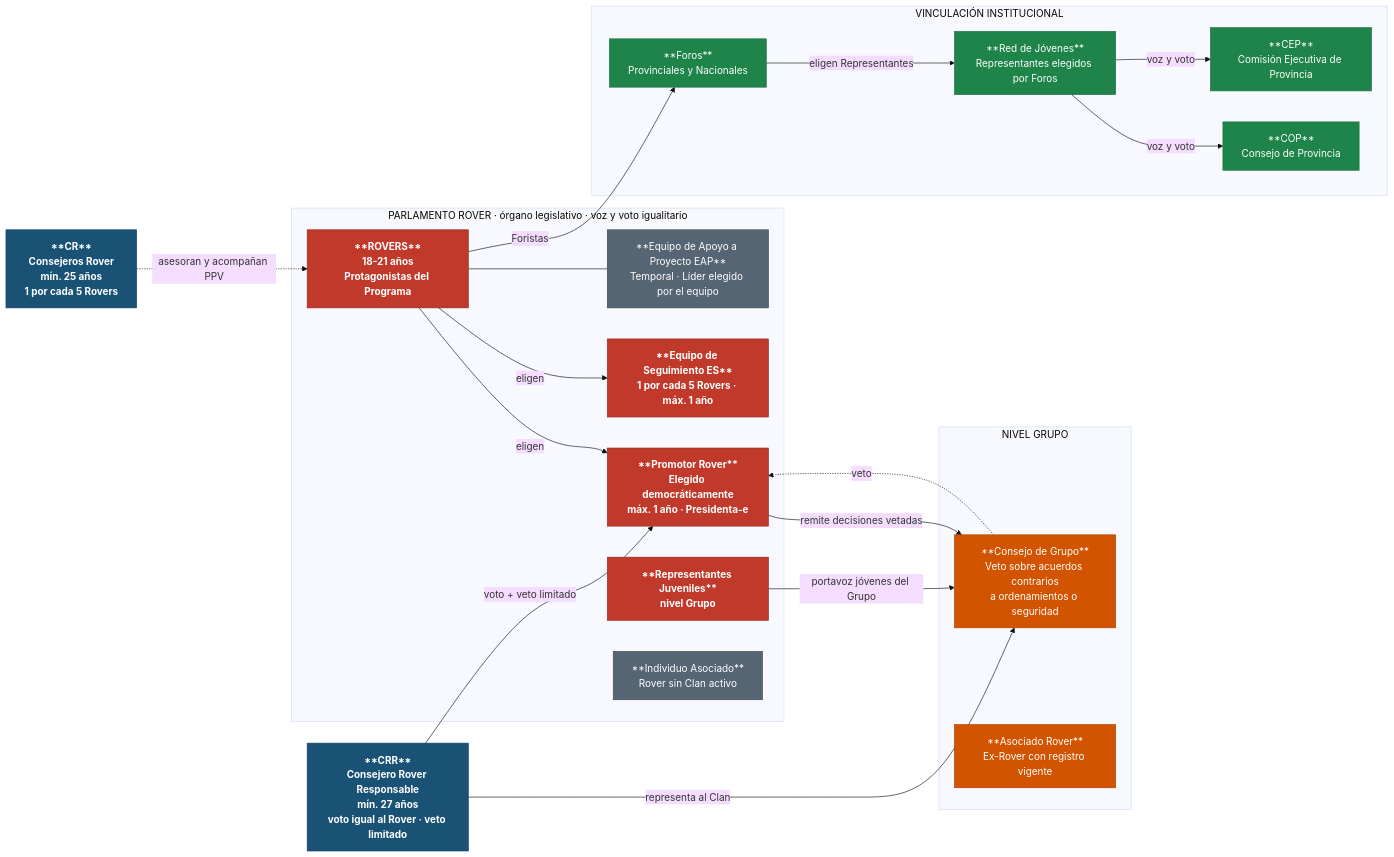
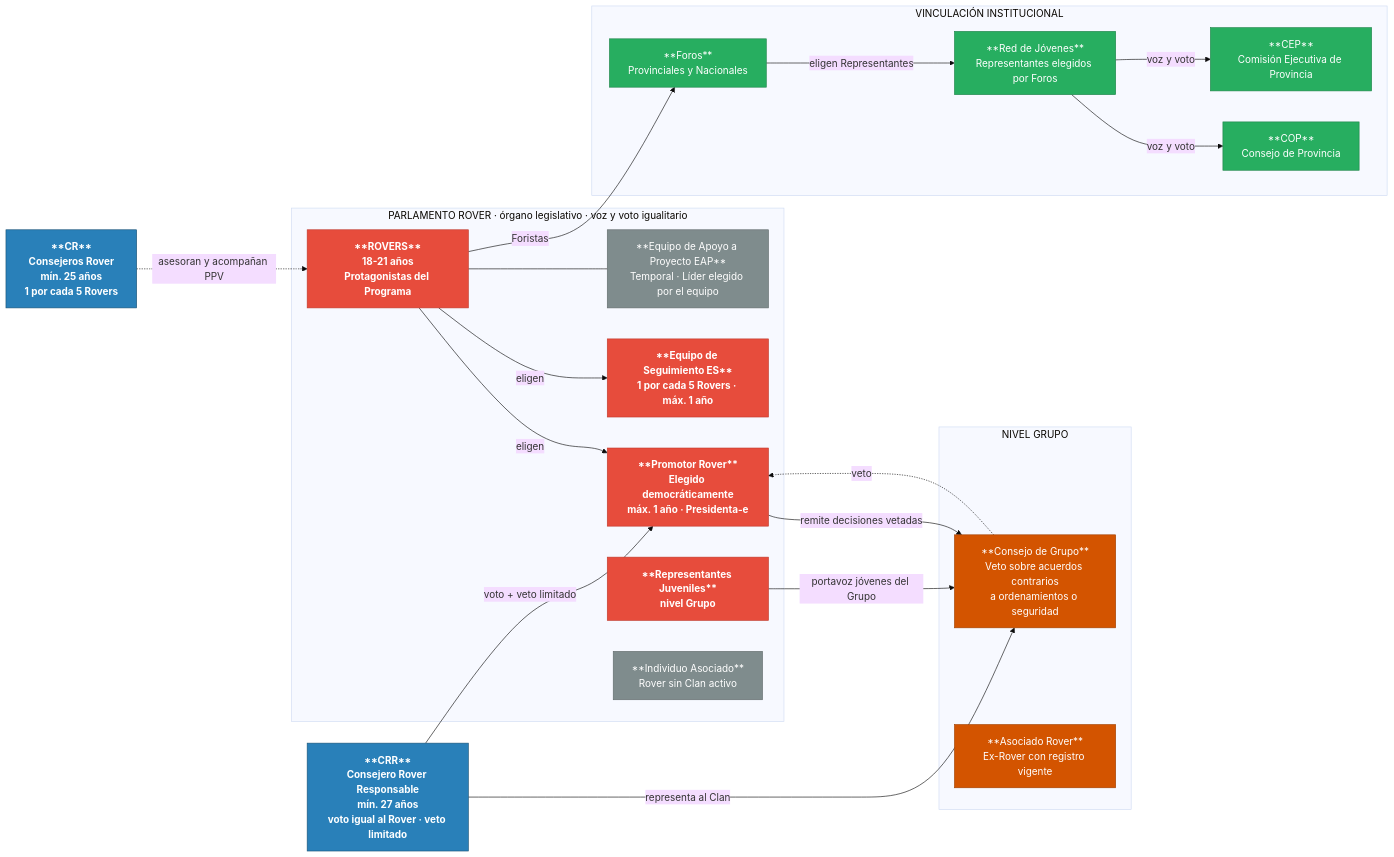
One commit to conecta-clanes/my-website changed the diagram in docs/base-conocimiento/tips-consejeros/estructura-clan-rovers.md. Above: the diagram before and after it, drawn with Mermaid (base theme). The commit also changed 51 other files, not shown here.

````diff
--- a/docs/base-conocimiento/tips-consejeros/estructura-clan-rovers.md
+++ b/docs/base-conocimiento/tips-consejeros/estructura-clan-rovers.md
@@ -20,52 +20,52 @@
 ```mermaid
 flowchart LR
     CRR["**CRR**<BR>Consejero Rover Responsable<BR>mín. 27 años<BR>voto igual al Rover · veto limitado"]
     CR["**CR**<BR>Consejeros Rover<BR>mín. 25 años<BR>1 por cada 5 Rovers"]
 
     subgraph PARL["PARLAMENTO ROVER · órgano legislativo · voz y voto igualitario"]
         RV["**ROVERS**<BR>18-21 años<BR>Protagonistas del Programa"]
         PR["**Promotor Rover**<BR>Elegido democráticamente<BR>máx. 1 año · Presidenta-e"]
         ES["**Equipo de Seguimiento ES**<BR>1 por cada 5 Rovers · máx. 1 año"]
         EAP["**Equipo de Apoyo a Proyecto EAP**<BR>Temporal · Líder elegido por el equipo"]
         REP_G["**Representantes Juveniles**<BR>nivel Grupo"]
         IA["**Individuo Asociado**<BR>Rover sin Clan activo"]
     end
 
     subgraph GRUPO["NIVEL GRUPO"]
         CG["**Consejo de Grupo**<BR>Veto sobre acuerdos contrarios<BR>a ordenamientos o seguridad"]
         ASC["**Asociado Rover**<BR>Ex-Rover con registro vigente"]
     end
 
     subgraph INST["VINCULACIÓN INSTITUCIONAL"]
         FOROS["**Foros**<BR>Provinciales y Nacionales"]
         RJ["**Red de Jóvenes**<BR>Representantes elegidos por Foros"]
         COP["**COP**<BR>Consejo de Provincia"]
         CEP["**CEP**<BR>Comisión Ejecutiva de Provincia"]
     end
 
     CRR -->|"voto + veto limitado"| PR
     CR -.->|"asesoran y acompañan PPV"| RV
     RV -->|"eligen"| PR
     RV -->|"eligen"| ES
     RV --- EAP
     CRR -->|"representa al Clan"| CG
     REP_G -->|"portavoz jóvenes del Grupo"| CG
     PR -->|"remite decisiones vetadas"| CG
     CG -.->|"veto"| PR
     RV -->|"Foristas"| FOROS
     FOROS -->|"eligen Representantes"| RJ
     RJ -->|"voz y voto"| COP
     RJ -->|"voz y voto"| CEP
 
-    classDef rover fill:#c0392b,stroke:#922b21,color:#fff,font-weight:bold
-    classDef scouter fill:#1a5276,stroke:#154360,color:#fff,font-weight:bold
+    classDef rover fill:#e74c3c,stroke:#c0392b,color:#fff,font-weight:bold
+    classDef scouter fill:#2980b9,stroke:#1a5276,color:#fff,font-weight:bold
     classDef grupo fill:#d35400,stroke:#a04000,color:#fff
-    classDef ext fill:#1e8449,stroke:#196f3d,color:#fff
-    classDef neut fill:#566573,stroke:#424949,color:#fff
+    classDef ext fill:#27ae60,stroke:#1e8449,color:#fff
+    classDef neut fill:#7f8c8d,stroke:#616a6b,color:#fff
 
     class RV,PR,ES,REP_G rover
     class CRR,CR scouter
     class CG,ASC grupo
     class FOROS,RJ,COP,CEP ext
     class EAP,IA neut
 ```
````
